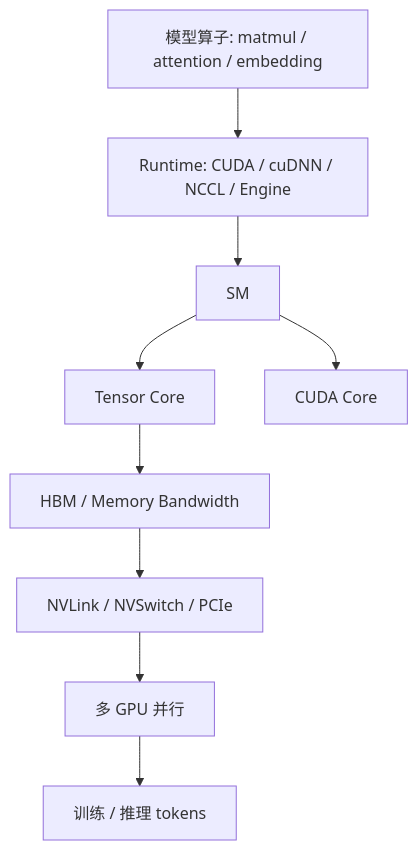
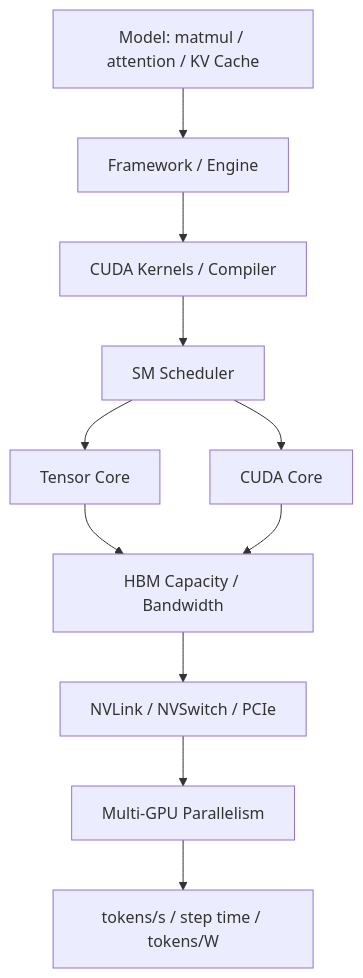
One commit to ikingye/ai-factory-engineering changed the diagram in docs/part-08-physical-infrastructure/chapter-35-gpu-architecture.md. Above: the diagram before and after it, drawn with Mermaid. The commit also changed other lines of this file and 2 other files, not shown here.

````diff
--- a/docs/part-08-physical-infrastructure/chapter-35-gpu-architecture.md
+++ b/docs/part-08-physical-infrastructure/chapter-35-gpu-architecture.md
@@ -23,11 +49,13 @@
 ```mermaid
 flowchart TB
-  Model["模型算子: matmul / attention / embedding"] --> Runtime["Runtime: CUDA / cuDNN / NCCL / Engine"]
-  Runtime --> SM["SM"]
+  Model["Model: matmul / attention / KV Cache"] --> Framework["Framework / Engine"]
+  Framework --> Kernel["CUDA Kernels / Compiler"]
+  Kernel --> SM["SM Scheduler"]
   SM --> TensorCore["Tensor Core"]
   SM --> CUDACore["CUDA Core"]
-  TensorCore --> HBM["HBM / Memory Bandwidth"]
+  TensorCore --> HBM["HBM Capacity / Bandwidth"]
+  CUDACore --> HBM
   HBM --> Interconnect["NVLink / NVSwitch / PCIe"]
-  Interconnect --> MultiGPU["多 GPU 并行"]
-  MultiGPU --> Workload["训练 / 推理 tokens"]
+  Interconnect --> MultiGPU["Multi-GPU Parallelism"]
+  MultiGPU --> Metrics["tokens/s / step time / tokens/W"]
 ```
````
